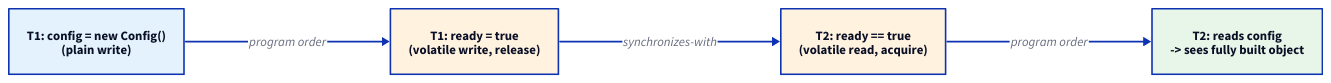
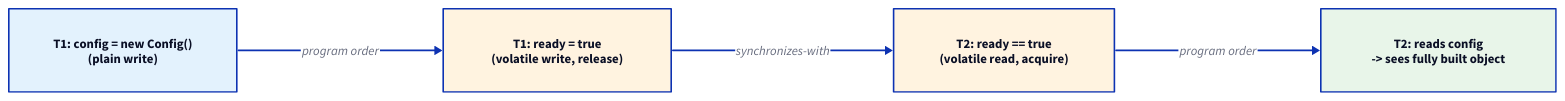
Before and after one commit to LogicAdept/SRS-Obsidian: the diagram in SRS/What is the volatile visibility rule in the Java Memory Model.md, drawn with D2. The commit also changed 19 other files, not shown here.

````diff
--- a/SRS/What is the volatile visibility rule in the Java Memory Model.md
+++ b/SRS/What is the volatile visibility rule in the Java Memory Model.md
@@ -15,10 +15,26 @@
 ```d2
 direction: right
-w: "T1: config = new Config()\n(plain write)" { style.fill: "#e3f2fd" }
-vw: "T1: ready = true\n(volatile write, release)" { style.fill: "#fff3e0" }
-vr: "T2: ready == true\n(volatile read, acquire)" { style.fill: "#fff3e0" }
-r: "T2: reads config\n-> sees fully built object" { style.fill: "#e8f5e9" }
+w: "T1: config = new Config()\n(plain write)" {
+  width: 285
+  height: 104
+  style.fill: "#e3f2fd"
+}
+vw: "T1: ready = true\n(volatile write, release)" {
+  width: 285
+  height: 104
+  style.fill: "#fff3e0"
+}
+vr: "T2: ready == true\n(volatile read, acquire)" {
+  width: 276
+  height: 104
+  style.fill: "#fff3e0"
+}
+r: "T2: reads config\n-> sees fully built object" {
+  width: 294
+  height: 104
+  style.fill: "#e8f5e9"
+}
 w -> vw: "program order"
 vw -> vr: "synchronizes-with"
 vr -> r: "program order"
 ```
````
